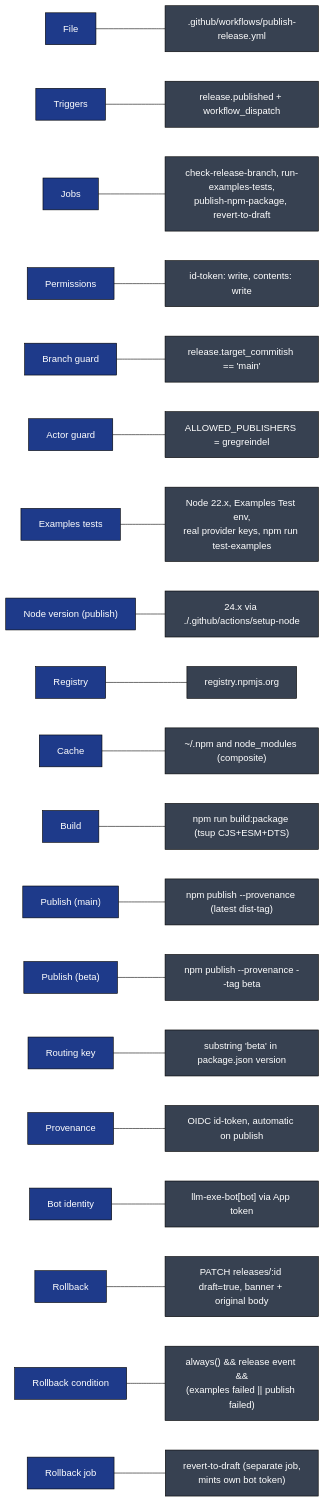
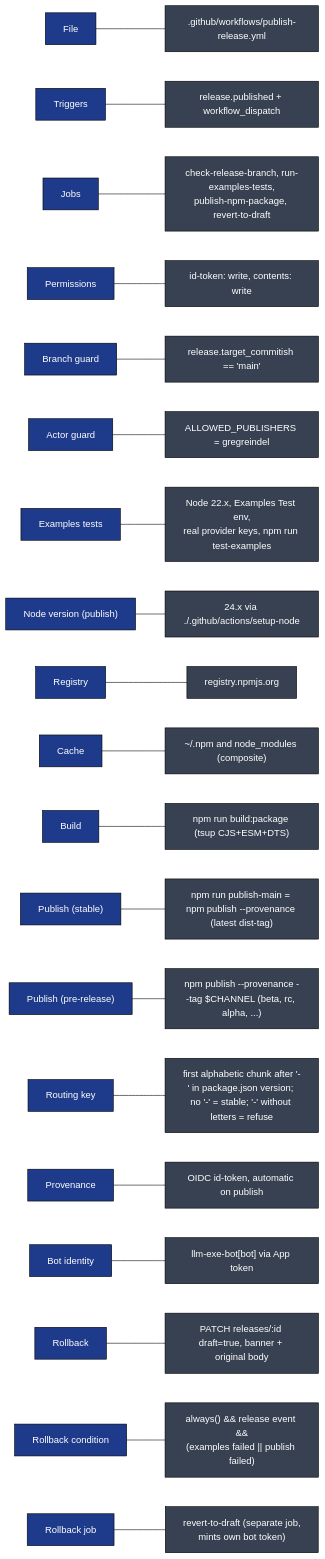
Before and after one commit to gregreindel/llm-exe: diagram 12 of 12 in .github/docs/PUBLISH_RELEASE_DEEP_DIVE.md, drawn with Mermaid (base theme). The commit also changed other lines of this file and 5 other files, not shown here.

First line of the commit message:
docs: sync release-pipeline deep dives for pre-release support

````diff
--- a/.github/docs/PUBLISH_RELEASE_DEEP_DIVE.md
+++ b/.github/docs/PUBLISH_RELEASE_DEEP_DIVE.md
@@ -555,25 +569,25 @@
 ```mermaid
 flowchart LR
     classDef k fill:#1e3a8a,color:#fff,stroke:#000
     classDef v fill:#374151,color:#fff,stroke:#000
 
     K1["File"]:::k --- V1[".github/workflows/publish-release.yml"]:::v
     K2["Triggers"]:::k --- V2["release.published + workflow_dispatch"]:::v
     K3["Jobs"]:::k --- V3["check-release-branch, run-examples-tests,\npublish-npm-package, revert-to-draft"]:::v
     K4["Permissions"]:::k --- V4["id-token: write, contents: write"]:::v
     K5["Branch guard"]:::k --- V5["release.target_commitish == 'main'"]:::v
     K6["Actor guard"]:::k --- V6["ALLOWED_PUBLISHERS = gregreindel"]:::v
     K6b["Examples tests"]:::k --- V6b["Node 22.x, Examples Test env,\nreal provider keys, npm run test-examples"]:::v
     K7["Node version (publish)"]:::k --- V7["24.x via ./.github/actions/setup-node"]:::v
     K8["Registry"]:::k --- V8["registry.npmjs.org"]:::v
     K9["Cache"]:::k --- V9["~/.npm and node_modules (composite)"]:::v
     K10["Build"]:::k --- V10["npm run build:package (tsup CJS+ESM+DTS)"]:::v
-    K11["Publish (main)"]:::k --- V11["npm publish --provenance (latest dist-tag)"]:::v
-    K12["Publish (beta)"]:::k --- V12["npm publish --provenance --tag beta"]:::v
-    K13["Routing key"]:::k --- V13["substring 'beta' in package.json version"]:::v
+    K11["Publish (stable)"]:::k --- V11["npm run publish-main = npm publish --provenance (latest dist-tag)"]:::v
+    K12["Publish (pre-release)"]:::k --- V12["npm publish --provenance --tag $CHANNEL (beta, rc, alpha, ...)"]:::v
+    K13["Routing key"]:::k --- V13["first alphabetic chunk after '-' in package.json version; no '-' = stable; '-' without letters = refuse"]:::v
     K14["Provenance"]:::k --- V14["OIDC id-token, automatic on publish"]:::v
     K15["Bot identity"]:::k --- V15["llm-exe-bot[bot] via App token"]:::v
     K16["Rollback"]:::k --- V16["PATCH releases/:id draft=true, banner + original body"]:::v
     K17["Rollback condition"]:::k --- V17["always() && release event &&\n(examples failed || publish failed)"]:::v
     K18["Rollback job"]:::k --- V18["revert-to-draft (separate job,\nmints own bot token)"]:::v
 ```
````
